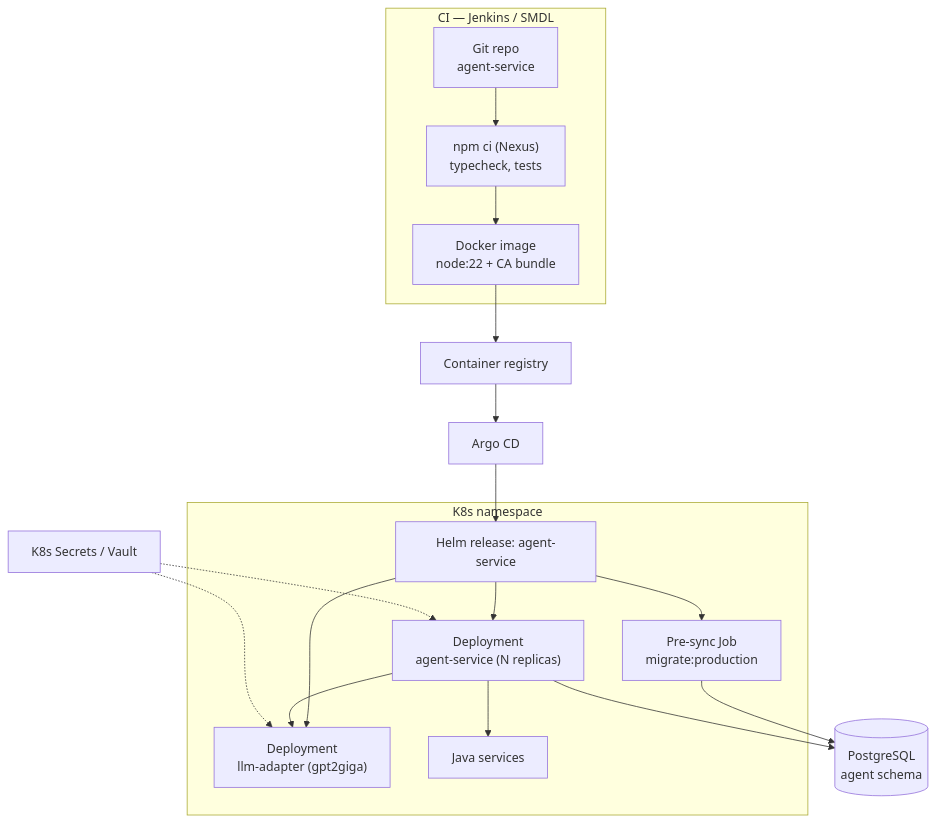
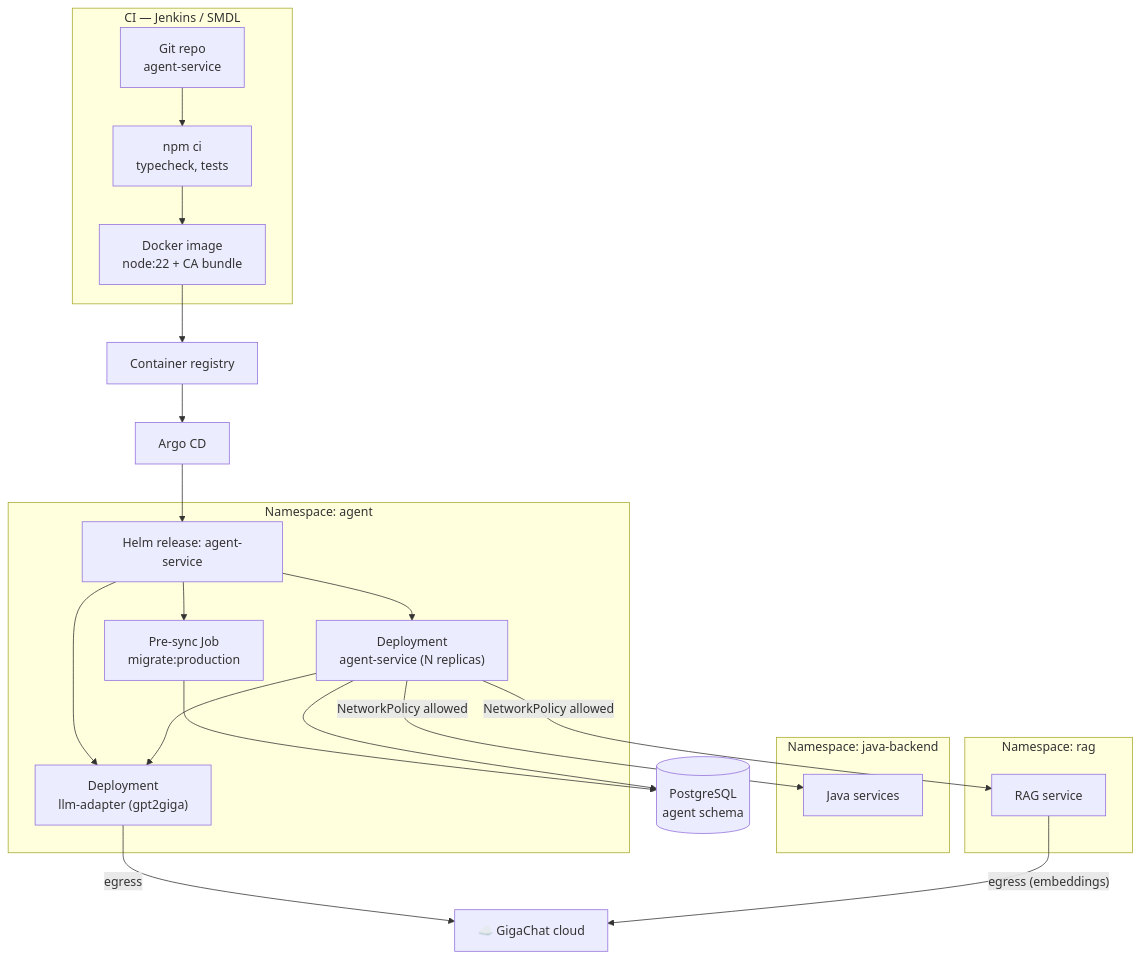
One commit to LudwigAndreas/agent-design-system changed the sixth of 8 diagrams in docs/architecture.md. Above: the diagram before and after it, drawn with Mermaid. The commit also changed other lines of this file, not shown here.

Commit message:
updated architecture

````diff
--- a/docs/architecture.md
+++ b/docs/architecture.md
@@ -426,22 +516,31 @@
 ```mermaid
 flowchart TB
     subgraph CI["CI — Jenkins / SMDL"]
-        SRC["Git repo<br/>agent-service"] --> BUILD["npm ci (Nexus)<br/>typecheck, tests"] --> IMG["Docker image<br/>node:22 + CA bundle"]
+        SRC["Git repo<br/>agent-service"] --> BUILD["npm ci<br/>typecheck, tests"] --> IMG["Docker image<br/>node:22 + CA bundle"]
     end
     IMG --> REG["Container registry"]
     REG --> ARGO["Argo CD"]
     ARGO --> HELM["Helm release: agent-service"]
 
-    subgraph NS["K8s namespace"]
+    subgraph NS["Namespace: agent"]
         HELM --> DEP["Deployment<br/>agent-service (N replicas)"]
         HELM --> MIG["Pre-sync Job<br/>migrate:production"]
         HELM --> LLMD["Deployment<br/>llm-adapter (gpt2giga)"]
         DEP --> LLMD
-        DEP --> JAVA["Java services"]
     end
 
+    subgraph NSJ["Namespace: java-backend"]
+        JAVA["Java services"]
+    end
+
+    subgraph NSR["Namespace: rag"]
+        RAGD["RAG service"]
+    end
+
+    DEP -- "NetworkPolicy allowed" --> JAVA
+    DEP -- "NetworkPolicy allowed" --> RAGD
+    LLMD -- "egress" --> GC["☁️ GigaChat cloud"]
+    RAGD -- "egress (embeddings)" --> GC
     MIG --> PG[("PostgreSQL<br/>agent schema")]
     DEP --> PG
-    SEC["K8s Secrets / Vault"] -.-> DEP
-    SEC -.-> LLMD
 ```
````
